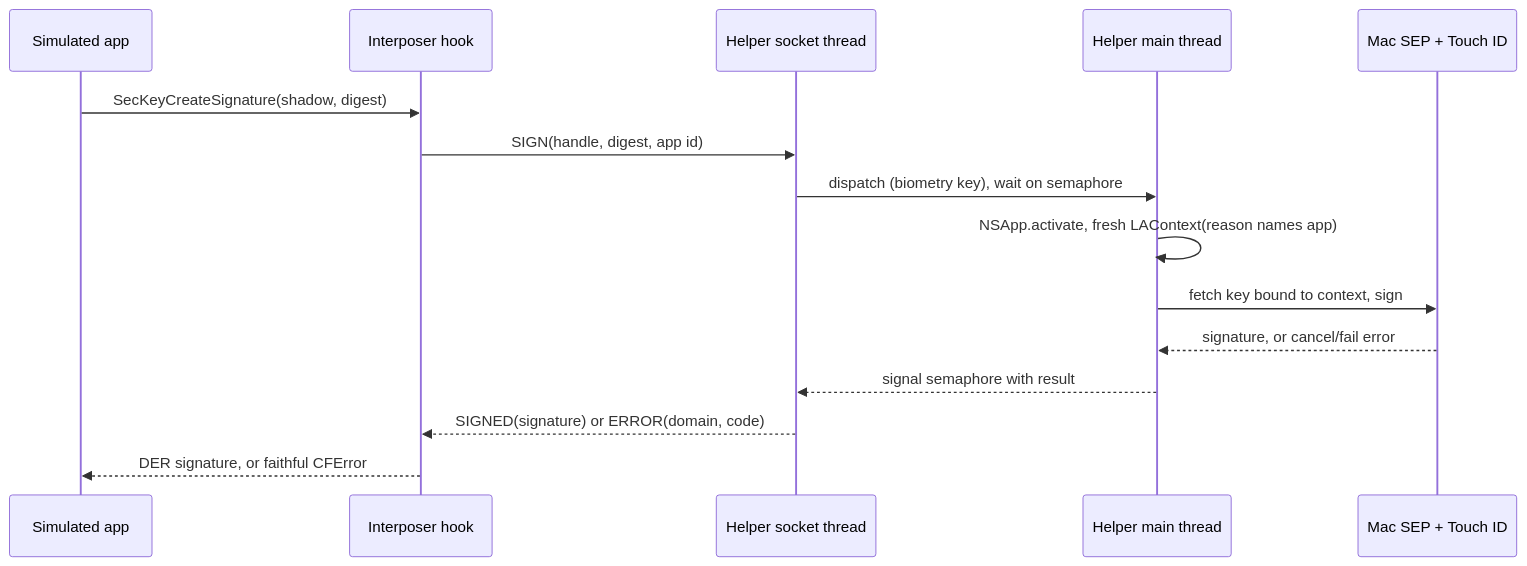
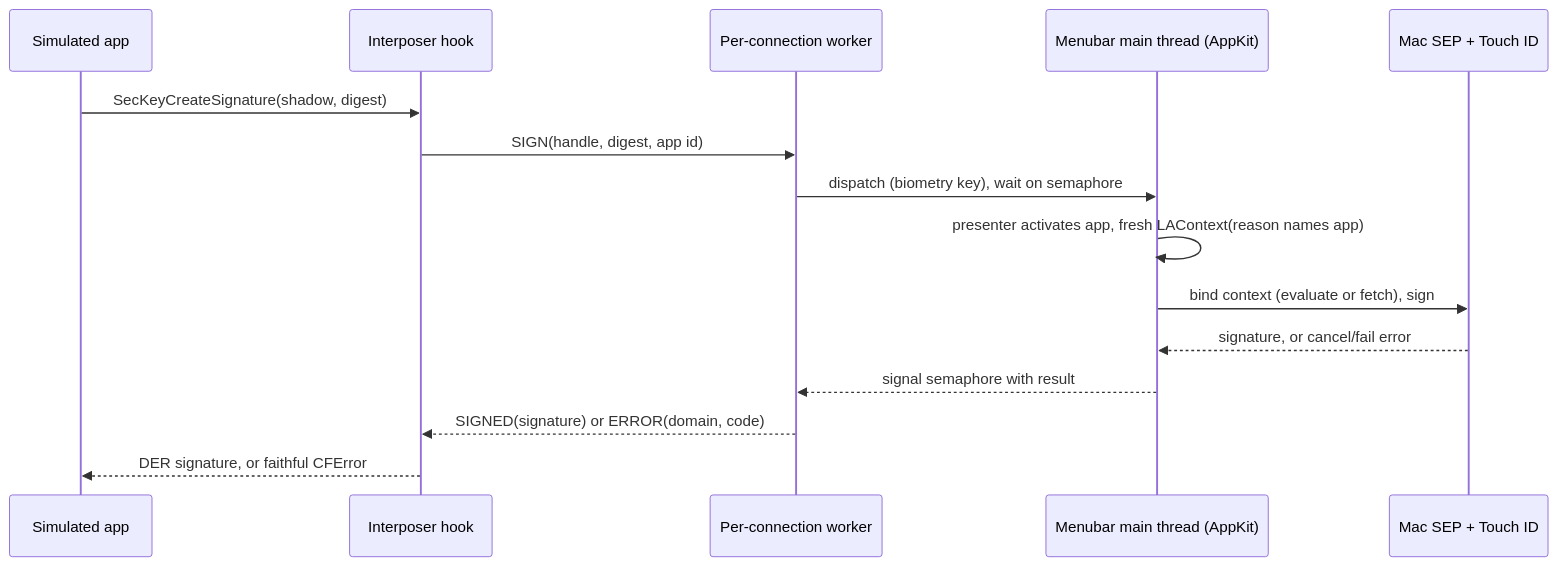
The diagram in docs/design/m3-fidelity-biometry.md (nirapod-labs/simenclave), drawn with Mermaid before and after one commit. The commit also changed other lines of this file, not shown here.

````diff
--- a/docs/design/m3-fidelity-biometry.md
+++ b/docs/design/m3-fidelity-biometry.md
@@ -148,18 +180,18 @@
 ```mermaid
 sequenceDiagram
     participant App as Simulated app
     participant Hook as Interposer hook
-    participant Sock as Helper socket thread
-    participant Main as Helper main thread
+    participant Sock as Per-connection worker
+    participant Main as Menubar main thread (AppKit)
     participant SEP as Mac SEP + Touch ID
 
     App->>Hook: SecKeyCreateSignature(shadow, digest)
     Hook->>Sock: SIGN(handle, digest, app id)
     Sock->>Main: dispatch (biometry key), wait on semaphore
-    Main->>Main: NSApp.activate, fresh LAContext(reason names app)
-    Main->>SEP: fetch key bound to context, sign
+    Main->>Main: presenter activates app, fresh LAContext(reason names app)
+    Main->>SEP: bind context (evaluate or fetch), sign
     SEP-->>Main: signature, or cancel/fail error
     Main-->>Sock: signal semaphore with result
     Sock-->>Hook: SIGNED(signature) or ERROR(domain, code)
     Hook-->>App: DER signature, or faithful CFError
 ```
````
